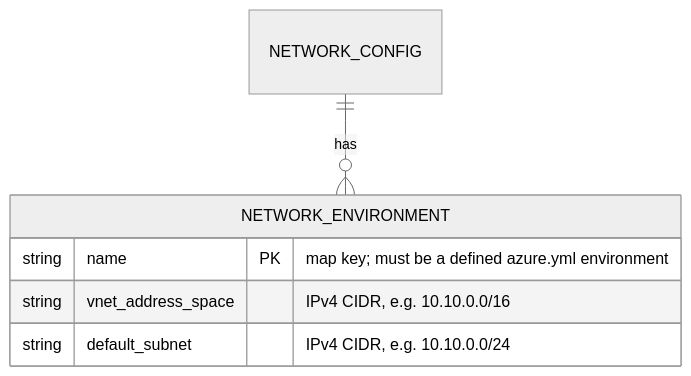
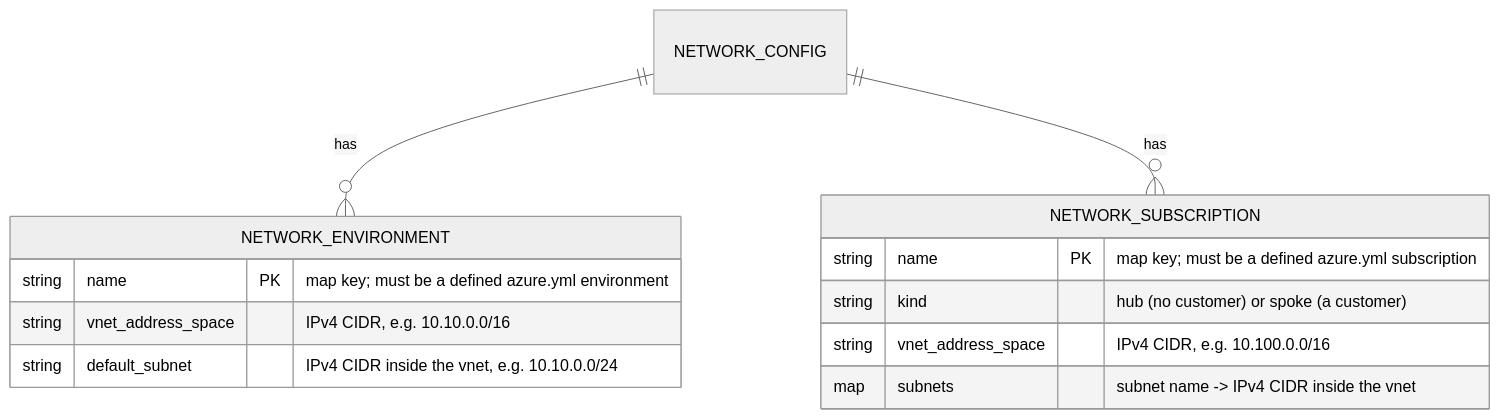
One commit to casperease/catzc changed the diagram in docs/adr/azure/azure-network-model.md. Above: the diagram before and after it, drawn with Mermaid (neutral theme). The commit also changed other lines of this file and 71 other files, not shown here.

````diff
--- a/docs/adr/azure/azure-network-model.md
+++ b/docs/adr/azure/azure-network-model.md
@@ -65,9 +91,16 @@
 ```mermaid
 erDiagram
     NETWORK_CONFIG ||--o{ NETWORK_ENVIRONMENT : has
+    NETWORK_CONFIG ||--o{ NETWORK_SUBSCRIPTION : has
     NETWORK_ENVIRONMENT {
         string name              PK "map key; must be a defined azure.yml environment"
         string vnet_address_space "IPv4 CIDR, e.g. 10.10.0.0/16"
-        string default_subnet     "IPv4 CIDR, e.g. 10.10.0.0/24"
+        string default_subnet     "IPv4 CIDR inside the vnet, e.g. 10.10.0.0/24"
+    }
+    NETWORK_SUBSCRIPTION {
+        string name              PK "map key; must be a defined azure.yml subscription"
+        string kind               "hub (no customer) or spoke (a customer)"
+        string vnet_address_space "IPv4 CIDR, e.g. 10.100.0.0/16"
+        map    subnets            "subnet name -> IPv4 CIDR inside the vnet"
     }
 ```
````
